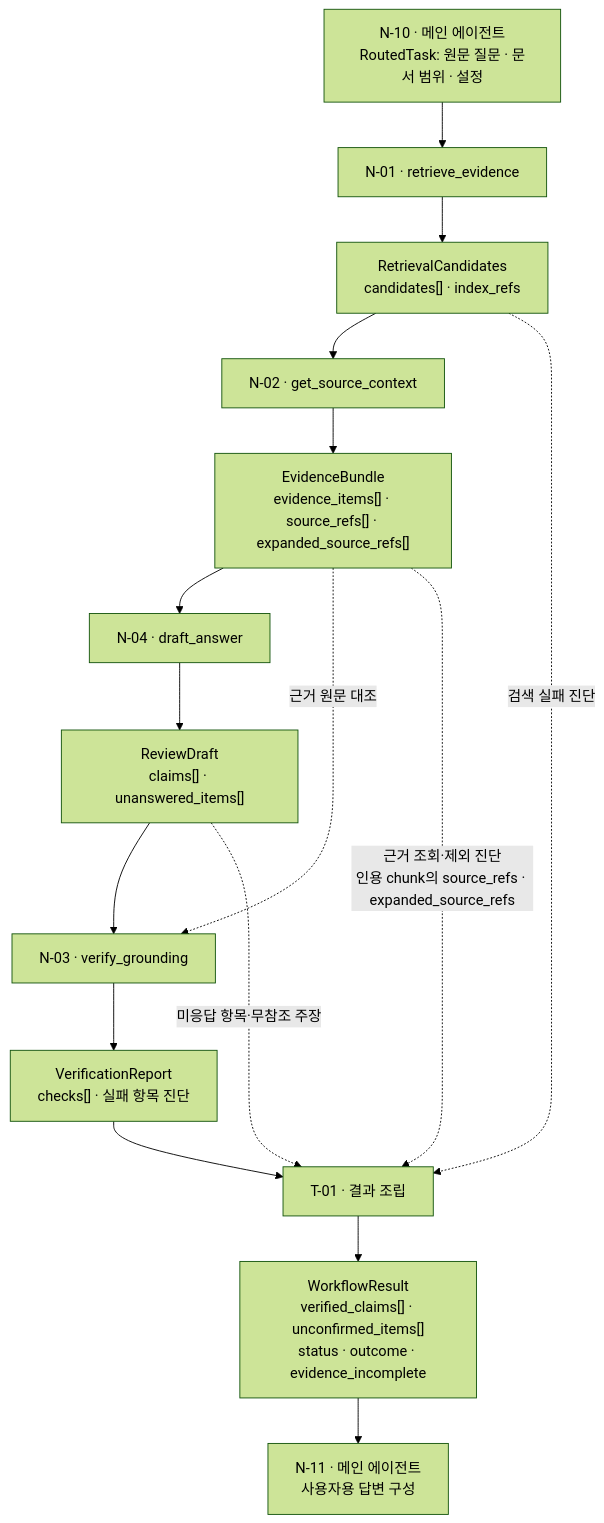
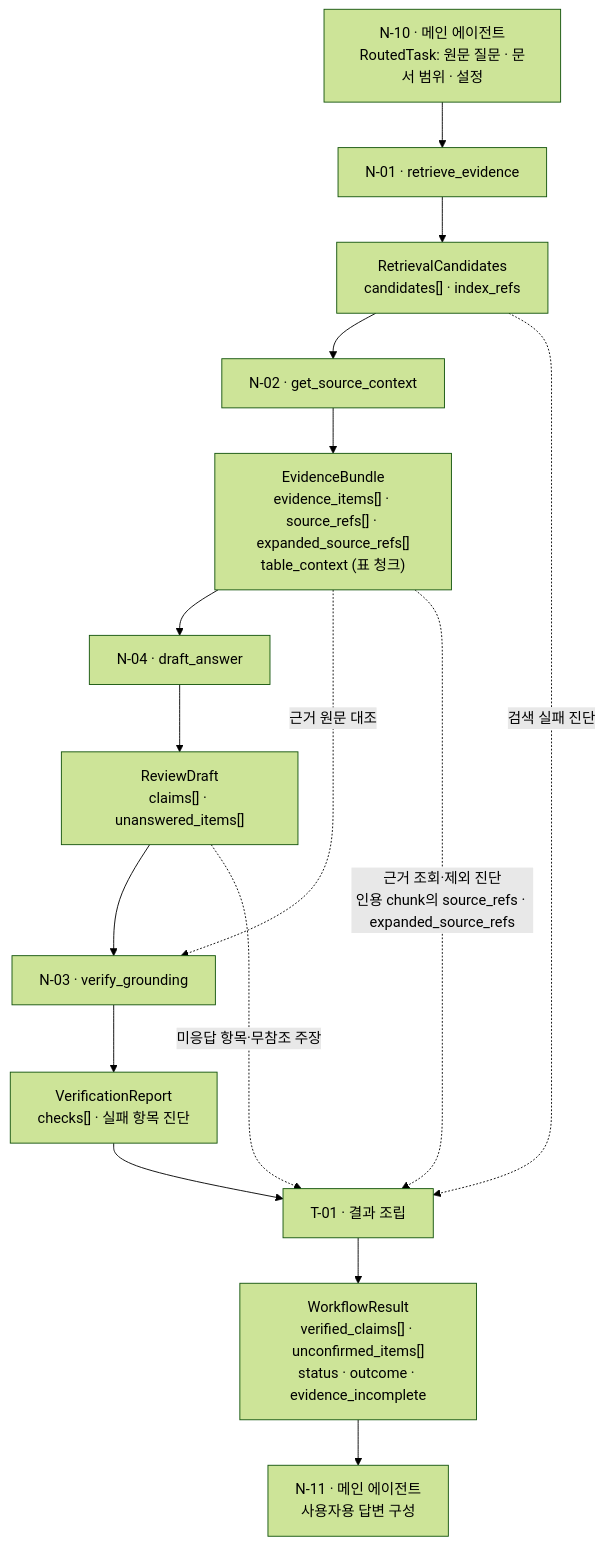
Before and after one commit to Jungminii-1114/ReportAnchor: the second of 4 diagrams in docs/big-nodes/T-01.md, drawn with Mermaid (forest theme). The commit also changed 15 other files, not shown here.

````diff
--- a/docs/big-nodes/T-01.md
+++ b/docs/big-nodes/T-01.md
@@ -67,18 +67,18 @@
 ```mermaid
 flowchart TD
   RT["N-10 · 메인 에이전트<br/>RoutedTask: 원문 질문 · 문서 범위 · 설정"] --> N01["N-01 · retrieve_evidence"]
   N01 --> RC["RetrievalCandidates<br/>candidates[] · index_refs"]
   RC --> N02["N-02 · get_source_context"]
-  N02 --> EB["EvidenceBundle<br/>evidence_items[] · source_refs[] · expanded_source_refs[]"]
+  N02 --> EB["EvidenceBundle<br/>evidence_items[] · source_refs[] · expanded_source_refs[]<br/>table_context (표 청크)"]
   EB --> N04["N-04 · draft_answer"]
   N04 --> RD["ReviewDraft<br/>claims[] · unanswered_items[]"]
   RD --> N03["N-03 · verify_grounding"]
   EB -. "근거 원문 대조" .-> N03
   N03 --> VR["VerificationReport<br/>checks[] · 실패 항목 진단"]
   VR --> T01["T-01 · 결과 조립"]
   RD -. "미응답 항목·무참조 주장" .-> T01
   RC -. "검색 실패 진단" .-> T01
   EB -. "근거 조회·제외 진단<br/>인용 chunk의 source_refs · expanded_source_refs" .-> T01
   T01 --> WR["WorkflowResult<br/>verified_claims[] · unconfirmed_items[]<br/>status · outcome · evidence_incomplete"]
   WR --> N11["N-11 · 메인 에이전트<br/>사용자용 답변 구성"]
 ```
````
